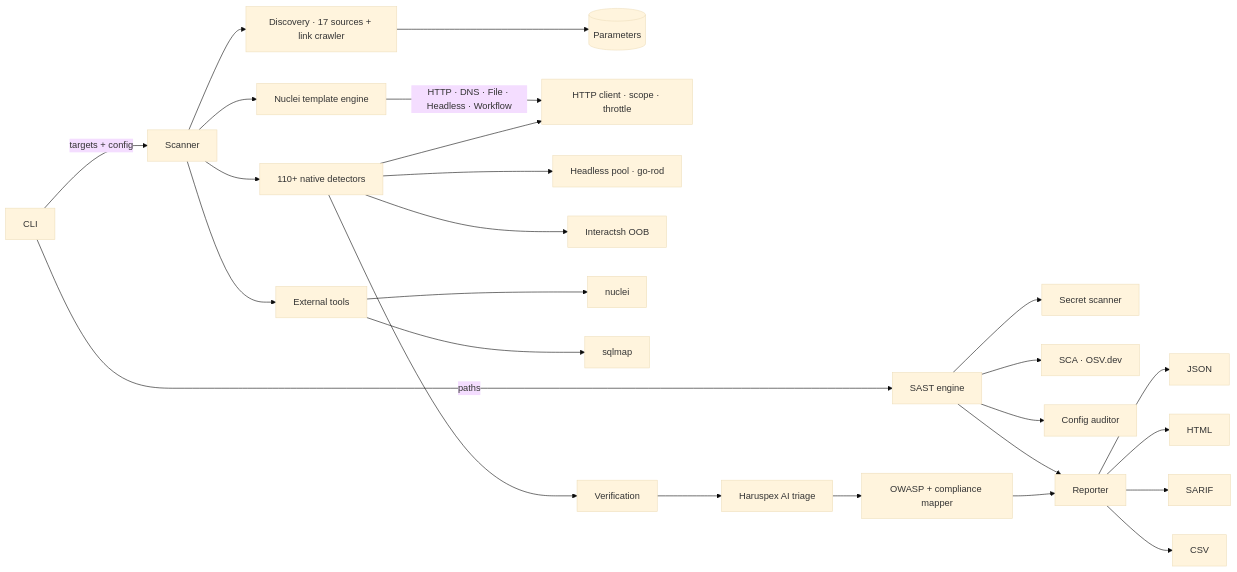
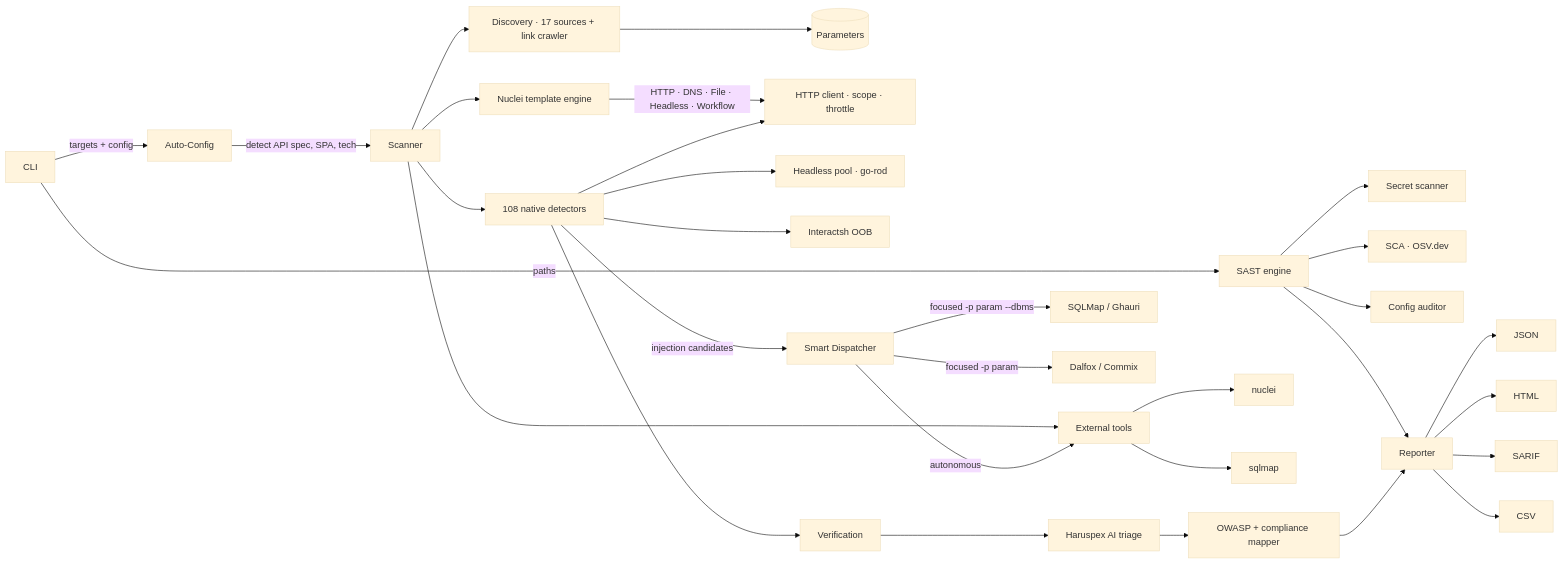
The diagram in README.md (TyrusRC/assay), drawn with Mermaid (base theme) before and after one commit. The commit also changed other lines of this file, not shown here.

First line of the commit message:
Update README with smart dispatch, auto-config, tool integrations, roadmap

````diff
--- a/README.md
+++ b/README.md
@@ -657,25 +692,30 @@
 ```mermaid
 flowchart LR
-    CLI -->|targets + config| Scanner
+    CLI -->|targets + config| AutoConfig[Auto-Config]
+    AutoConfig -->|detect API spec, SPA, tech| Scanner
     CLI -->|paths| SAST[SAST engine]
     Scanner --> Discovery[Discovery · 17 sources + link crawler]
     Discovery --> Params[(Parameters)]
-    Scanner --> Detection[110+ native detectors]
+    Scanner --> Detection[108 native detectors]
     Detection --> HTTP[HTTP client · scope · throttle]
     Detection --> Headless[Headless pool · go-rod]
     Detection --> OOB[Interactsh OOB]
+    Detection -->|injection candidates| Dispatcher[Smart Dispatcher]
     Scanner --> Templates[Nuclei template engine]
+    Dispatcher -->|autonomous| Tools[SQLMap · Dalfox · Nikto · Nuclei]
+    Dispatcher -->|focused -p param --dbms| SQLMap[SQLMap / Ghauri]
+    Dispatcher -->|focused -p param| Dalfox[Dalfox / Commix]
     Templates -->|HTTP · DNS · File · Headless · Workflow| HTTP
     Scanner --> Tools[External tools]
     Tools --> NucleiBin[nuclei]
     Tools --> SQLMapBin[sqlmap]
     Detection --> Verify[Verification]
     Verify --> Haruspex[Haruspex AI triage]
     Haruspex --> OWASP[OWASP + compliance mapper]
     SAST --> Secrets[Secret scanner]
     SAST --> SCA[SCA · OSV.dev]
     SAST --> Config[Config auditor]
     OWASP --> Reporter
     SAST --> Reporter
     Reporter --> JSON & HTML & SARIF & CSV
 ```
````
